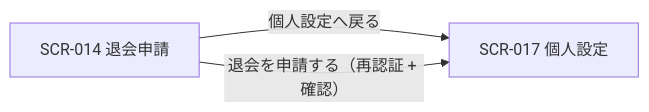
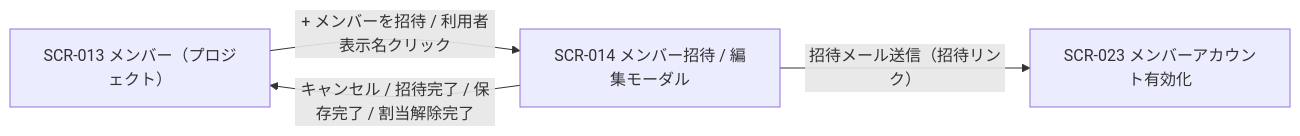
The diagram in 02_basic_design/01_screens/SCR-014.md (sikakou54/open-faq), drawn with Mermaid before and after one commit. The commit also changed other lines of this file and 617 other files, not shown here.

````diff
--- a/02_basic_design/01_screens/SCR-014.md
+++ b/02_basic_design/01_screens/SCR-014.md
@@ -36,7 +37,9 @@
 ```mermaid
 flowchart LR
-  S1["SCR-014 退会申請"]
-  S2["SCR-017 個人設定"]
-  S1 -->|個人設定へ戻る| S2
-  S1 -->|退会を申請する（再認証 + 確認）| S2
+  S1["SCR-013 メンバー（プロジェクト）"]
+  S2["SCR-014 メンバー招待 / 編集モーダル"]
+  S3["SCR-023 メンバーアカウント有効化"]
+  S1 -->|+ メンバーを招待 / 利用者表示名クリック| S2
+  S2 -->|キャンセル / 招待完了 / 保存完了 / 割当解除完了| S1
+  S2 -->|招待メール送信（招待リンク）| S3
 ```
````
